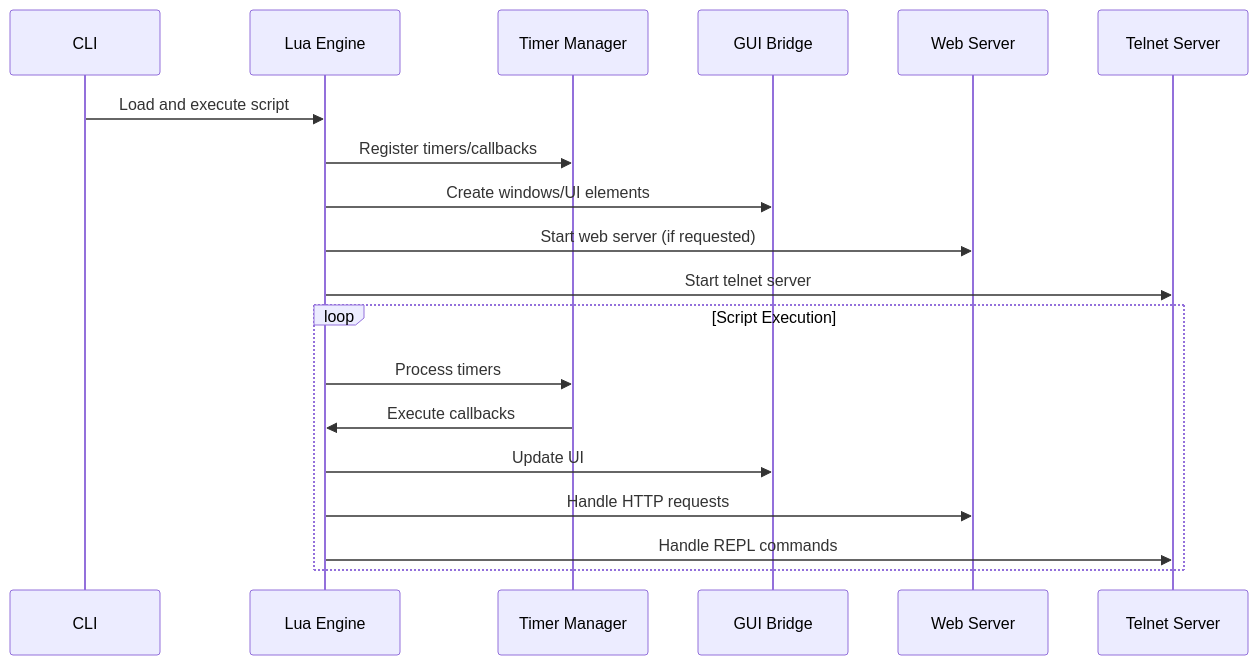
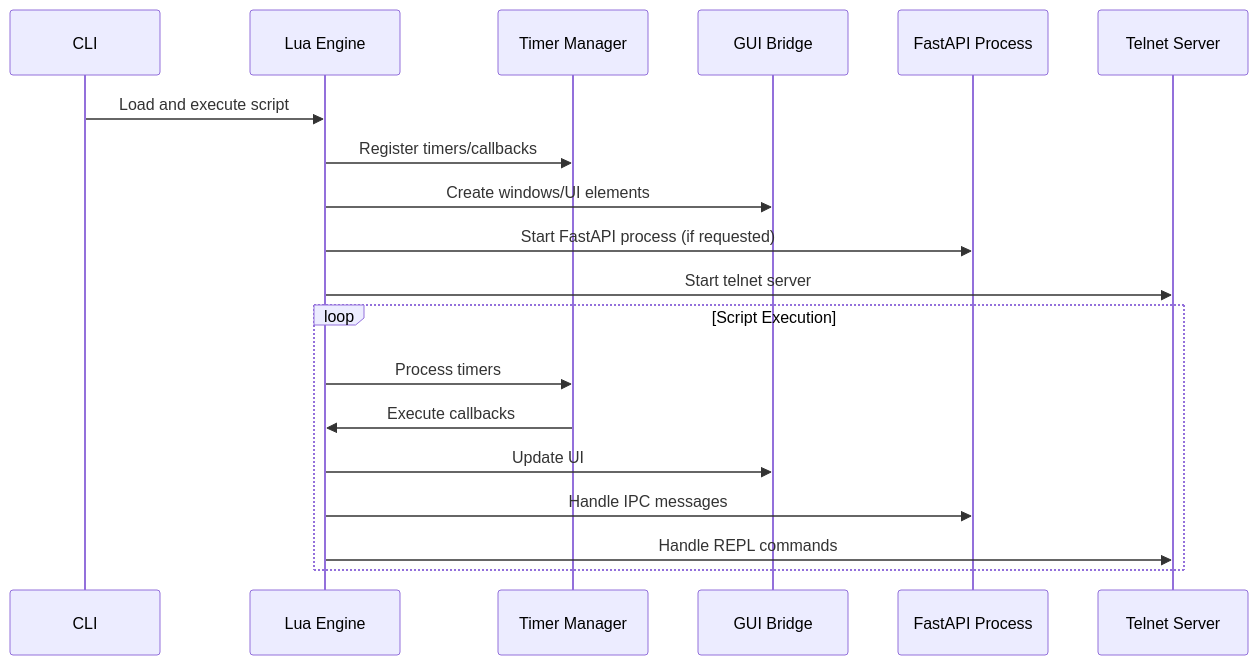
Diagram 11 of 18 in ARCHITECTURE.md (jangabrielsson/eplua), drawn with Mermaid before and after one commit. The commit also changed other lines of this file and 9 other files, not shown here.

````diff
--- a/ARCHITECTURE.md
+++ b/ARCHITECTURE.md
@@ -252,23 +390,23 @@
 ```mermaid
 sequenceDiagram
     participant CLI as CLI
     participant Engine as Lua Engine
     participant Timer as Timer Manager
     participant GUI as GUI Bridge
-    participant Web as Web Server
+    participant FastAPI as FastAPI Process
     participant Telnet as Telnet Server
     
     CLI->>Engine: Load and execute script
     Engine->>Timer: Register timers/callbacks
     Engine->>GUI: Create windows/UI elements
-    Engine->>Web: Start web server (if requested)
+    Engine->>FastAPI: Start FastAPI process (if requested)
     Engine->>Telnet: Start telnet server
     
     loop Script Execution
         Engine->>Timer: Process timers
         Timer->>Engine: Execute callbacks
         Engine->>GUI: Update UI
-        Engine->>Web: Handle HTTP requests
+        Engine->>FastAPI: Handle IPC messages
         Engine->>Telnet: Handle REPL commands
     end
 ```
````
